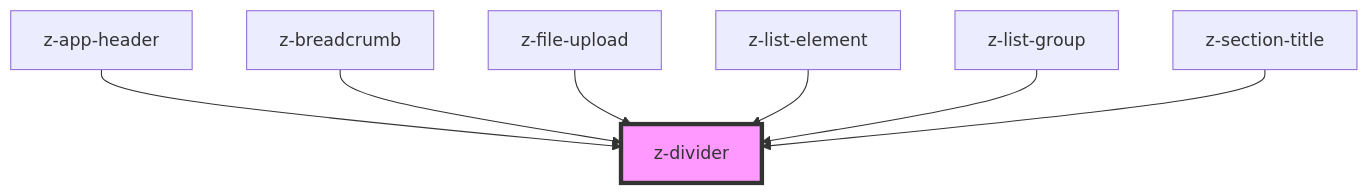
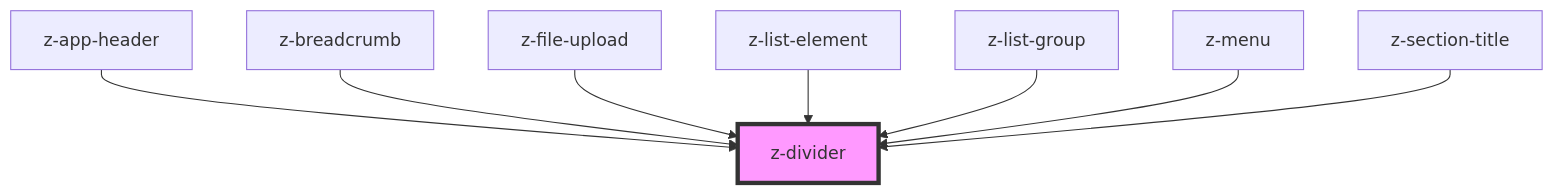
The diagram in src/components/z-divider/readme.md (ZanichelliEditore/design-system), drawn with Mermaid before and after one commit. The commit also changed other lines of this file and 6 other files, not shown here.

Commit message:
feat: added divider in menu element

````diff
--- a/src/components/z-divider/readme.md
+++ b/src/components/z-divider/readme.md
@@ -27,10 +28,11 @@
 ```mermaid
 graph TD;
   z-app-header --> z-divider
   z-breadcrumb --> z-divider
   z-file-upload --> z-divider
   z-list-element --> z-divider
   z-list-group --> z-divider
+  z-menu --> z-divider
   z-section-title --> z-divider
   style z-divider fill:#f9f,stroke:#333,stroke-width:4px
 ```
````
